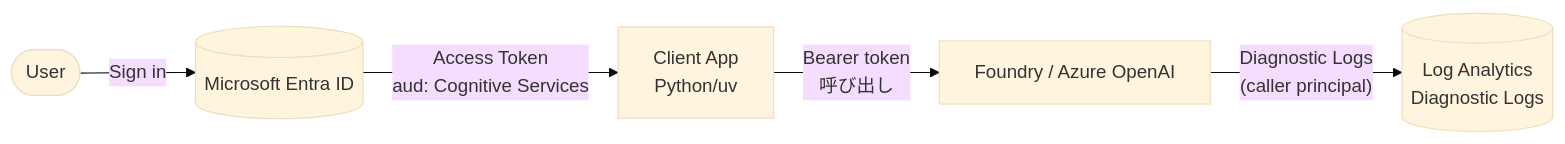
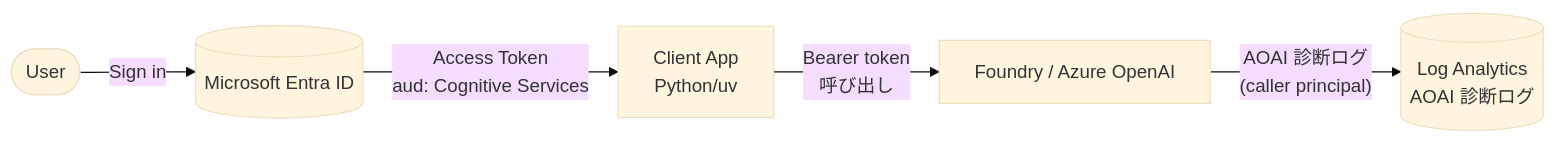
Before and after one commit to h-morozumi/foundry-usage-tracking-patterns: the first of 9 diagrams in README.md, drawn with Mermaid (base theme). The commit also changed other lines of this file, not shown here.

Commit message:
fix: Update README to clarify AOAI diagnostic logs and logging patterns

````diff
--- a/README.md
+++ b/README.md
@@ -80,13 +82,13 @@
 ```mermaid
 flowchart LR
     User([User])
     App[Client App<br/>Python/uv]
     Entra[(Microsoft Entra ID)]
     Foundry[Foundry / Azure OpenAI]
-    LA[(Log Analytics<br/>Diagnostic Logs)]
+    LA[(Log Analytics<br/>AOAI 診断ログ)]
 
     User -->|Sign in| Entra
     Entra -->|"Access Token<br/>aud: Cognitive Services"| App
     App -->|Bearer token<br/>呼び出し| Foundry
-    Foundry -->|"Diagnostic Logs<br/>(caller principal)"| LA
+    Foundry -->|"AOAI 診断ログ<br/>(caller principal)"| LA
 ```
````
